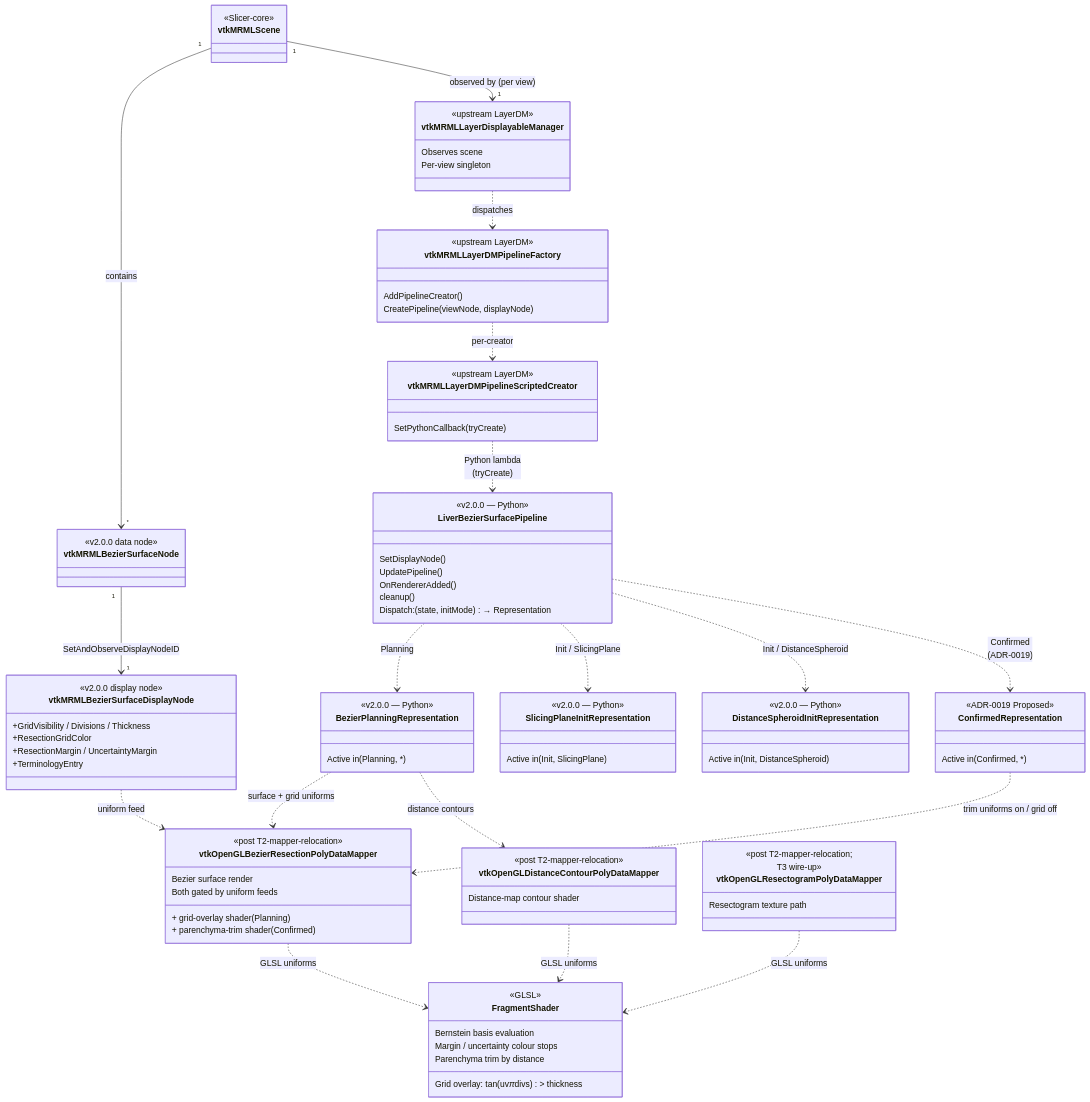
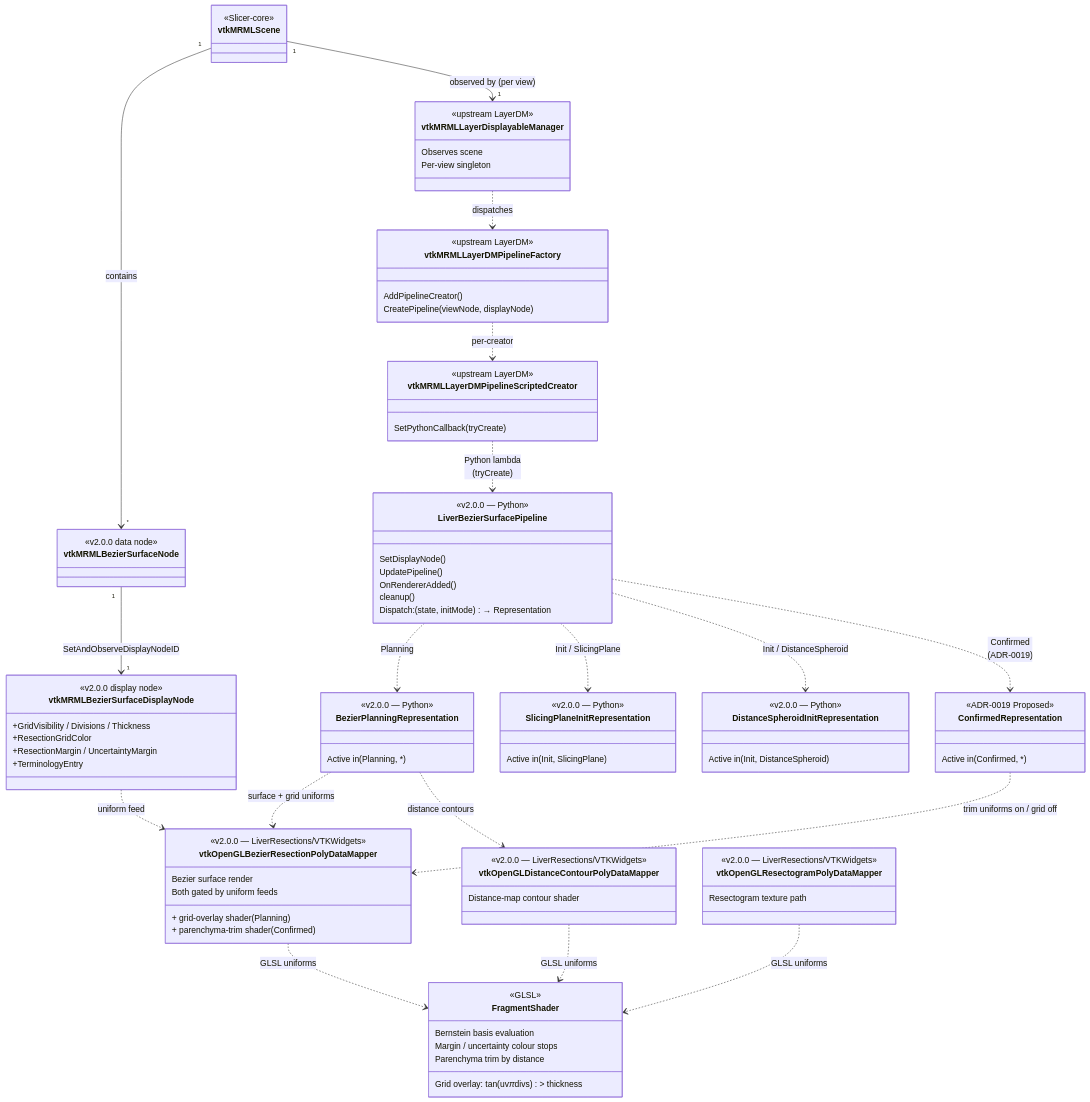
One commit to ALive-research/Slicer-Liver changed the first of 2 diagrams in Docs/architecture/rendering-pipeline.md. Above: the diagram before and after it, drawn with Mermaid. The commit also changed other lines of this file, not shown here.

First line of the commit message:
DOC: Refresh rendering-pipeline diagram after the v2 render cutover

```diff
--- a/Docs/architecture/rendering-pipeline.md
+++ b/Docs/architecture/rendering-pipeline.md
@@ -76,18 +76,18 @@
     }
 
     class vtkOpenGLBezierResectionPolyDataMapper {
-        <<post T2-mapper-relocation>>
+        <<v2.0.0 — LiverResections/VTKWidgets>>
         Bezier surface render
         + grid-overlay shader (Planning)
         + parenchyma-trim shader (Confirmed)
         Both gated by uniform feeds
     }
     class vtkOpenGLDistanceContourPolyDataMapper {
-        <<post T2-mapper-relocation>>
+        <<v2.0.0 — LiverResections/VTKWidgets>>
         Distance-map contour shader
     }
     class vtkOpenGLResectogramPolyDataMapper {
-        <<post T2-mapper-relocation;<br/>T3 wire-up>>
+        <<v2.0.0 — LiverResections/VTKWidgets>>
         Resectogram texture path
     }
     class FragmentShader {
```
